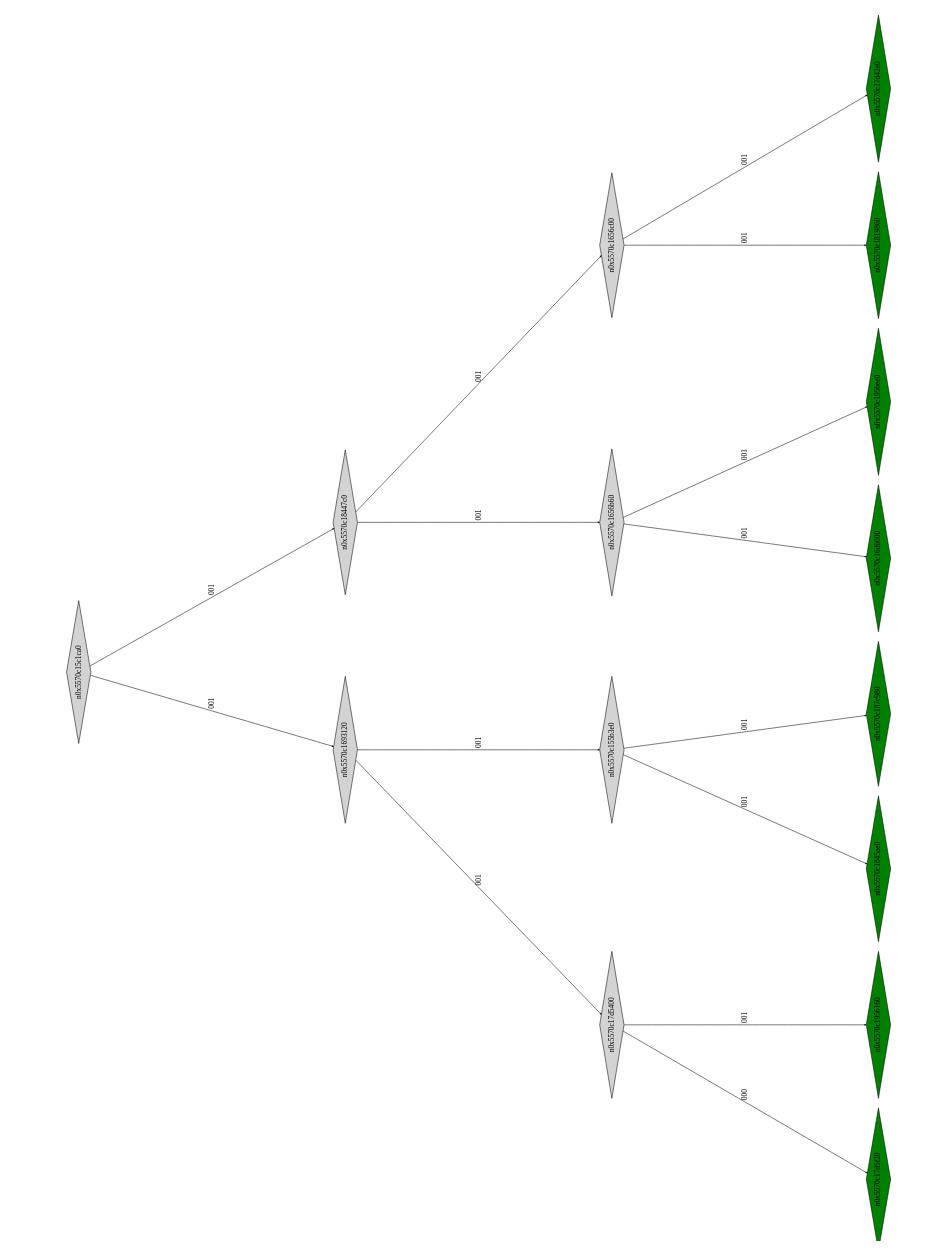
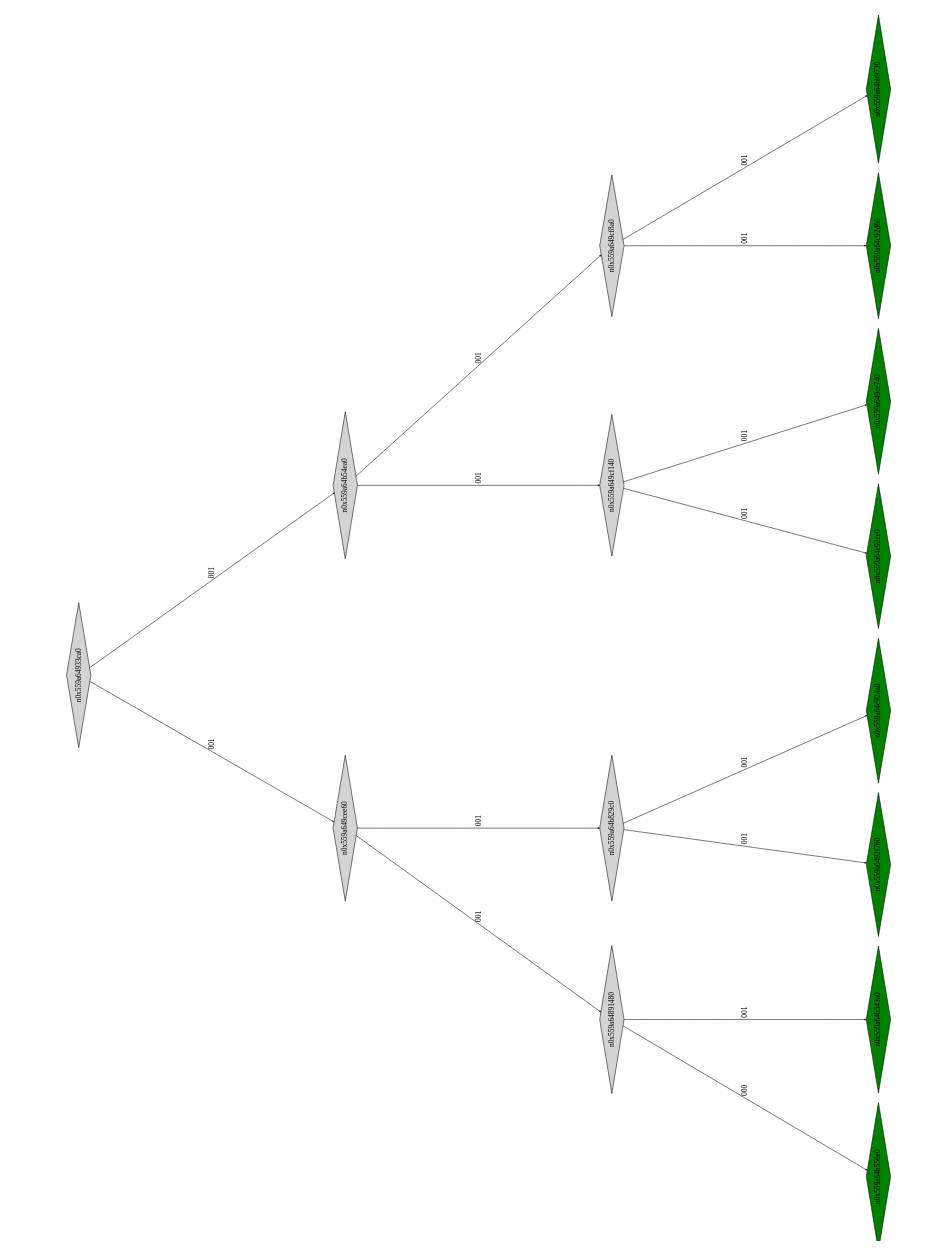
The diagram in montyhall_klee_out/ptree_00001065.dot (Research-Tools-PAVT/PSE-Program-Examples), drawn with Graphviz before and after one commit. The commit also changed 42 other files, not shown here.

```diff
--- a/montyhall_klee_out/ptree_00001065.dot
+++ b/montyhall_klee_out/ptree_00001065.dot
@@ -1,37 +1,37 @@
 digraph G {
 	size="10,7.5";
 	ratio=fill;
 	rotate=90;
 	center = "true";
 	node [style="filled",width=.1,height=.1,fontname="Terminus"]
 	edge [arrowsize=.3]
-	n0x5570c15c1ca0 [shape=diamond];
-	n0x5570c15c1ca0 -> n0x5570c1693120 [label=001];
-	n0x5570c15c1ca0 -> n0x5570c18447c0 [label=001];
-	n0x5570c18447c0 [shape=diamond];
-	n0x5570c18447c0 -> n0x5570c1656b60 [label=001];
-	n0x5570c18447c0 -> n0x5570c1656c00 [label=001];
-	n0x5570c1656c00 [shape=diamond];
-	n0x5570c1656c00 -> n0x5570c1819860 [label=001];
-	n0x5570c1656c00 -> n0x5570c17d42e0 [label=001];
-	n0x5570c17d42e0 [shape=diamond,fillcolor=green];
-	n0x5570c1819860 [shape=diamond,fillcolor=green];
-	n0x5570c1656b60 [shape=diamond];
-	n0x5570c1656b60 -> n0x5570c16d6000 [label=001];
-	n0x5570c1656b60 -> n0x5570c1956ee0 [label=001];
-	n0x5570c1956ee0 [shape=diamond,fillcolor=green];
-	n0x5570c16d6000 [shape=diamond,fillcolor=green];
-	n0x5570c1693120 [shape=diamond];
-	n0x5570c1693120 -> n0x5570c17d5400 [label=001];
-	n0x5570c1693120 -> n0x5570c155b3e0 [label=001];
-	n0x5570c155b3e0 [shape=diamond];
-	n0x5570c155b3e0 -> n0x5570c1845ae0 [label=001];
-	n0x5570c155b3e0 -> n0x5570c187c980 [label=001];
-	n0x5570c187c980 [shape=diamond,fillcolor=green];
-	n0x5570c1845ae0 [shape=diamond,fillcolor=green];
-	n0x5570c17d5400 [shape=diamond];
-	n0x5570c17d5400 -> n0x5570c17d5f20 [label=000];
-	n0x5570c17d5400 -> n0x5570c1956160 [label=001];
-	n0x5570c1956160 [shape=diamond,fillcolor=green];
-	n0x5570c17d5f20 [shape=diamond,fillcolor=green];
+	n0x559a64933ca0 [shape=diamond];
+	n0x559a64933ca0 -> n0x559a649cee60 [label=001];
+	n0x559a64933ca0 -> n0x559a64b54ea0 [label=001];
+	n0x559a64b54ea0 [shape=diamond];
+	n0x559a64b54ea0 -> n0x559a649cf140 [label=001];
+	n0x559a64b54ea0 -> n0x559a649cf8a0 [label=001];
+	n0x559a649cf8a0 [shape=diamond];
+	n0x559a649cf8a0 -> n0x559a64c92d60 [label=001];
+	n0x559a649cf8a0 -> n0x559a64bb9720 [label=001];
+	n0x559a64bb9720 [shape=diamond,fillcolor=green];
+	n0x559a64c92d60 [shape=diamond,fillcolor=green];
+	n0x559a649cf140 [shape=diamond];
+	n0x559a649cf140 -> n0x559a64c92ce0 [label=001];
+	n0x559a649cf140 -> n0x559a649ce740 [label=001];
+	n0x559a649ce740 [shape=diamond,fillcolor=green];
+	n0x559a64c92ce0 [shape=diamond,fillcolor=green];
+	n0x559a649cee60 [shape=diamond];
+	n0x559a649cee60 -> n0x559a64891480 [label=001];
+	n0x559a649cee60 -> n0x559a64b829c0 [label=001];
+	n0x559a64b829c0 [shape=diamond];
+	n0x559a64b829c0 -> n0x559a6492f760 [label=001];
+	n0x559a64b829c0 -> n0x559a64c924a0 [label=001];
+	n0x559a64c924a0 [shape=diamond,fillcolor=green];
+	n0x559a6492f760 [shape=diamond,fillcolor=green];
+	n0x559a64891480 [shape=diamond];
+	n0x559a64891480 -> n0x559a64b556e0 [label=000];
+	n0x559a64891480 -> n0x559a64b543a0 [label=001];
+	n0x559a64b543a0 [shape=diamond,fillcolor=green];
+	n0x559a64b556e0 [shape=diamond,fillcolor=green];
 }
```
